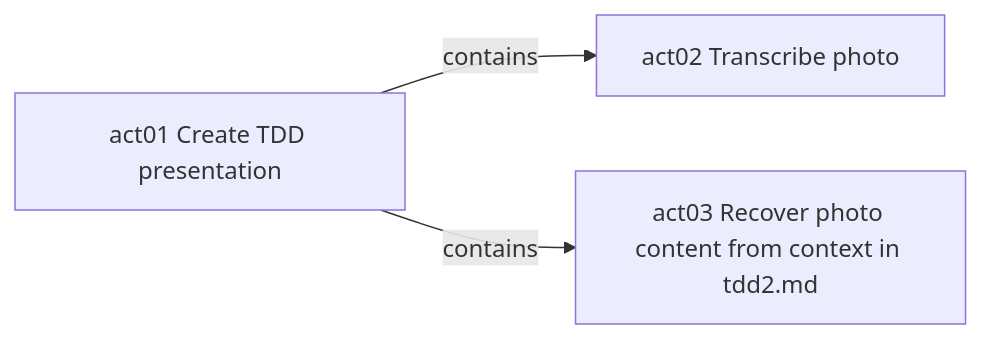
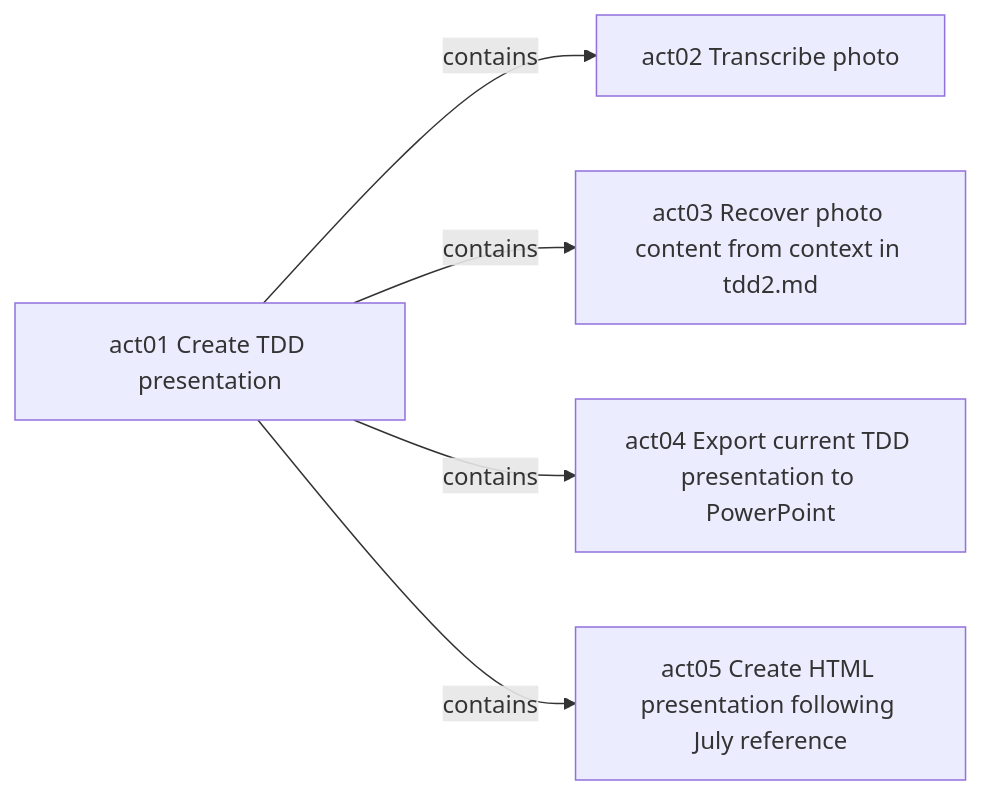
Before and after one commit to raisercostin/tdd-talk: the diagram in .act/acts.md, drawn with Mermaid. The commit also changed other lines of this file and 9 other files, not shown here.

````diff
--- a/.act/acts.md
+++ b/.act/acts.md
@@ -36,8 +54,12 @@
 ```mermaid
 flowchart LR
   act01["act01 Create TDD presentation"]
   act02["act02 Transcribe photo"]
   act03["act03 Recover photo content from context in tdd2.md"]
+  act04["act04 Export current TDD presentation to PowerPoint"]
+  act05["act05 Create HTML presentation following July reference"]
   act01 -->|contains| act02
   act01 -->|contains| act03
+  act01 -->|contains| act04
+  act01 -->|contains| act05
 ```
````
